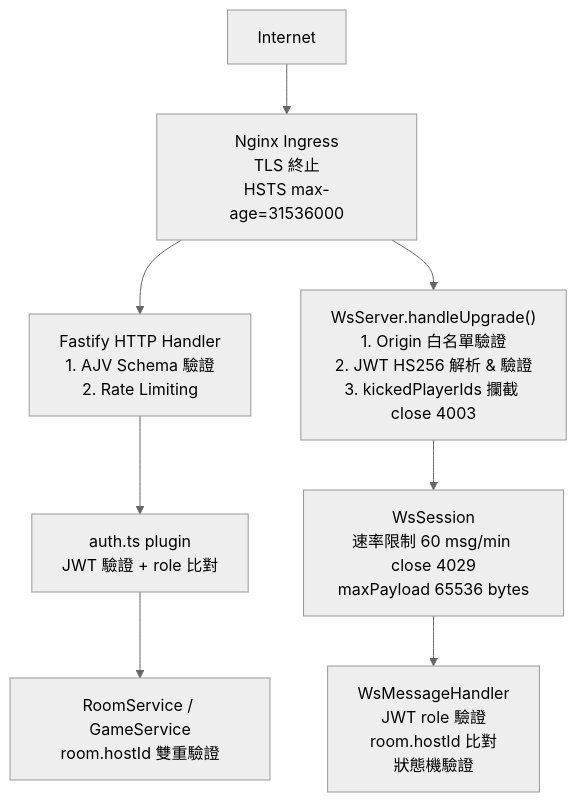
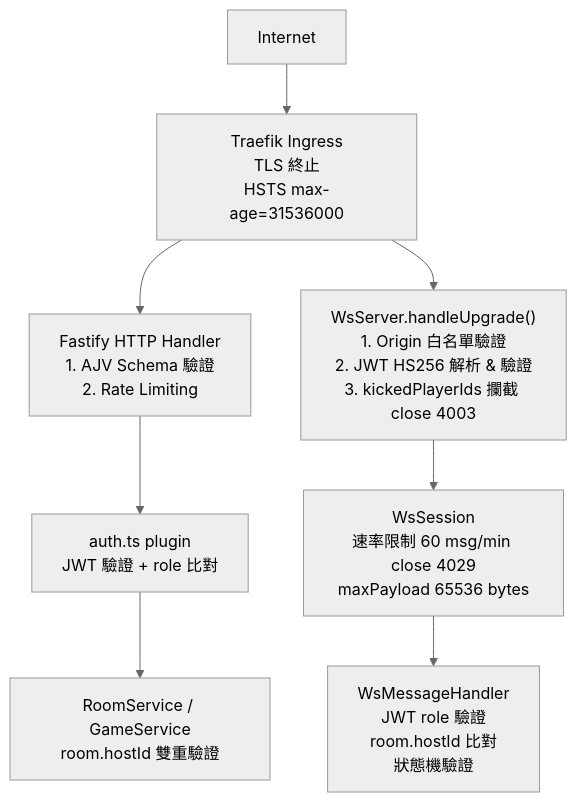
The tenth of 10 diagrams in docs/ARCH.md (ibalasite/climb_stairs), drawn with Mermaid (neutral theme) before and after one commit. The commit also changed other lines of this file, not shown here.

````diff
--- a/docs/ARCH.md
+++ b/docs/ARCH.md
@@ -426,10 +426,10 @@
 ```mermaid
 graph TD
-    Internet["Internet"] --> Nginx["Nginx Ingress\nTLS 終止\nHSTS max-age=31536000"]
-    Nginx --> FastifyHTTP["Fastify HTTP Handler\n1. AJV Schema 驗證\n2. Rate Limiting"]
-    Nginx --> WsUpgrade["WsServer.handleUpgrade()\n1. Origin 白名單驗證\n2. JWT HS256 解析 & 驗證\n3. kickedPlayerIds 攔截 close 4003"]
+    Internet["Internet"] --> TraefikIngress["Traefik Ingress\nTLS 終止\nHSTS max-age=31536000"]
+    TraefikIngress --> FastifyHTTP["Fastify HTTP Handler\n1. AJV Schema 驗證\n2. Rate Limiting"]
+    TraefikIngress --> WsUpgrade["WsServer.handleUpgrade()\n1. Origin 白名單驗證\n2. JWT HS256 解析 & 驗證\n3. kickedPlayerIds 攔截 close 4003"]
     FastifyHTTP --> AuthPlugin["auth.ts plugin\nJWT 驗證 + role 比對"]
     AuthPlugin --> RoomService["RoomService / GameService\nroom.hostId 雙重驗證"]
     WsUpgrade --> WsSession["WsSession\n速率限制 60 msg/min close 4029\nmaxPayload 65536 bytes"]
     WsSession --> WsMessageHandler["WsMessageHandler\nJWT role 驗證\nroom.hostId 比對\n狀態機驗證"]
 ```
````
